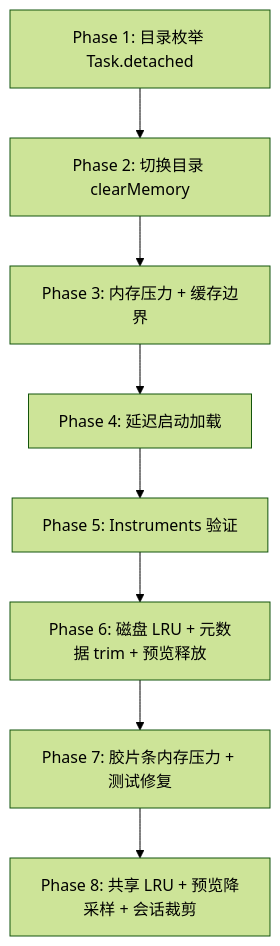
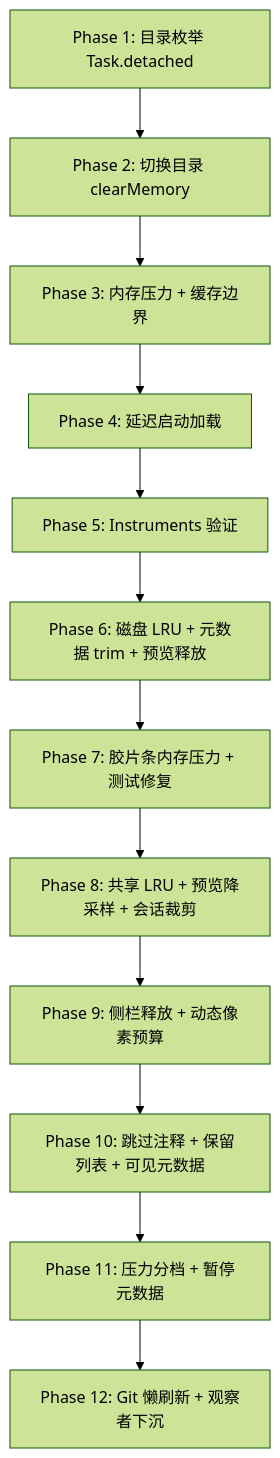
The diagram in docs/performance-optimization.md (meetrize/macquickfinder), drawn with Mermaid (forest theme) before and after one commit. The commit also changed other lines of this file and 19 other files, not shown here.

````diff
--- a/docs/performance-optimization.md
+++ b/docs/performance-optimization.md
@@ -130,10 +163,14 @@
 ```mermaid
 flowchart TD
     A[Phase 1: 目录枚举 Task.detached] --> B[Phase 2: 切换目录 clearMemory]
     B --> C[Phase 3: 内存压力 + 缓存边界]
     C --> D[Phase 4: 延迟启动加载]
     D --> E[Phase 5: Instruments 验证]
     E --> F[Phase 6: 磁盘 LRU + 元数据 trim + 预览释放]
     F --> G[Phase 7: 胶片条内存压力 + 测试修复]
     G --> H[Phase 8: 共享 LRU + 预览降采样 + 会话裁剪]
+    H --> I[Phase 9: 侧栏释放 + 动态像素预算]
+    I --> J[Phase 10: 跳过注释 + 保留列表 + 可见元数据]
+    J --> K[Phase 11: 压力分档 + 暂停元数据]
+    K --> L[Phase 12: Git 懒刷新 + 观察者下沉]
 ```
````
